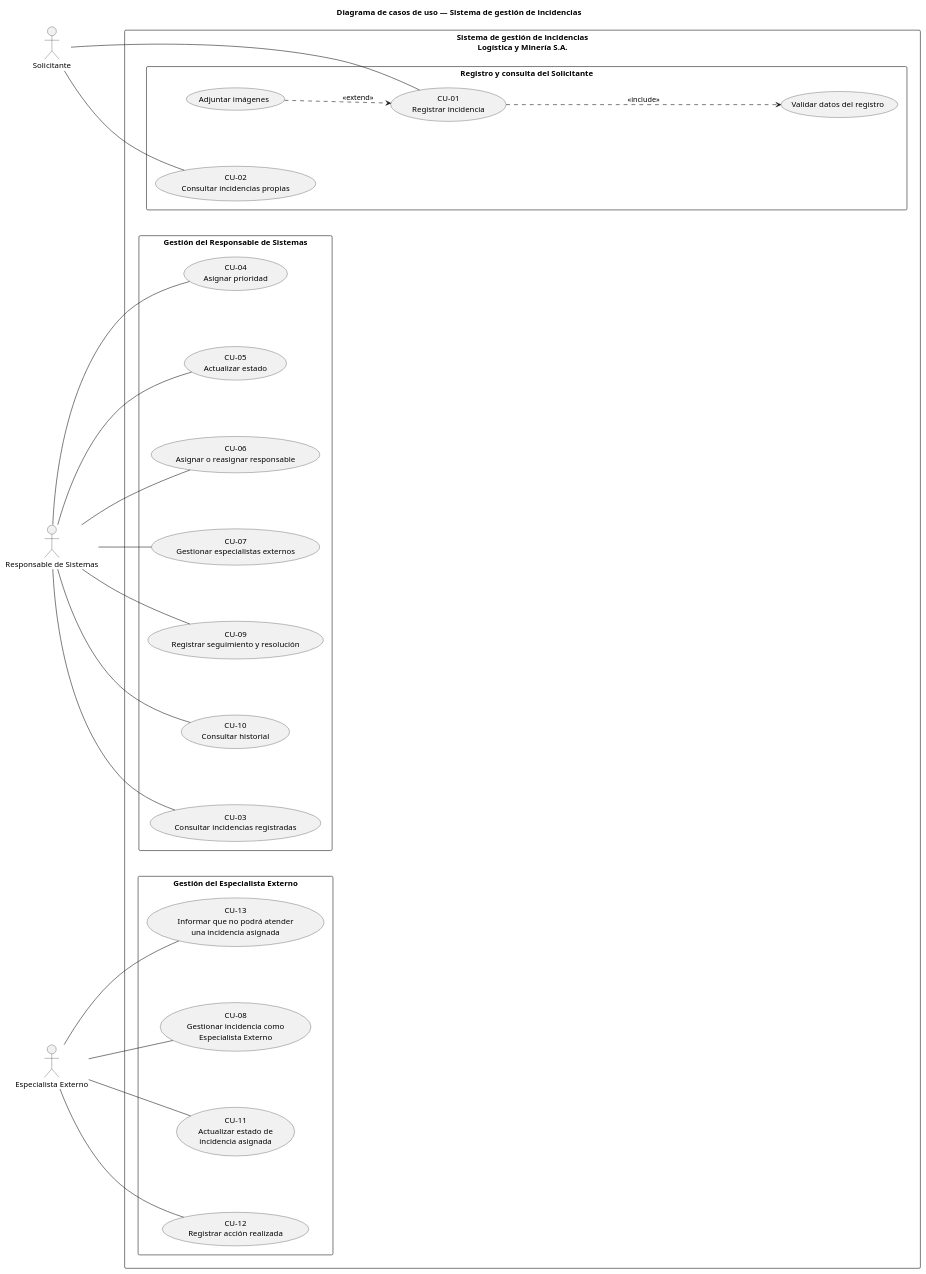
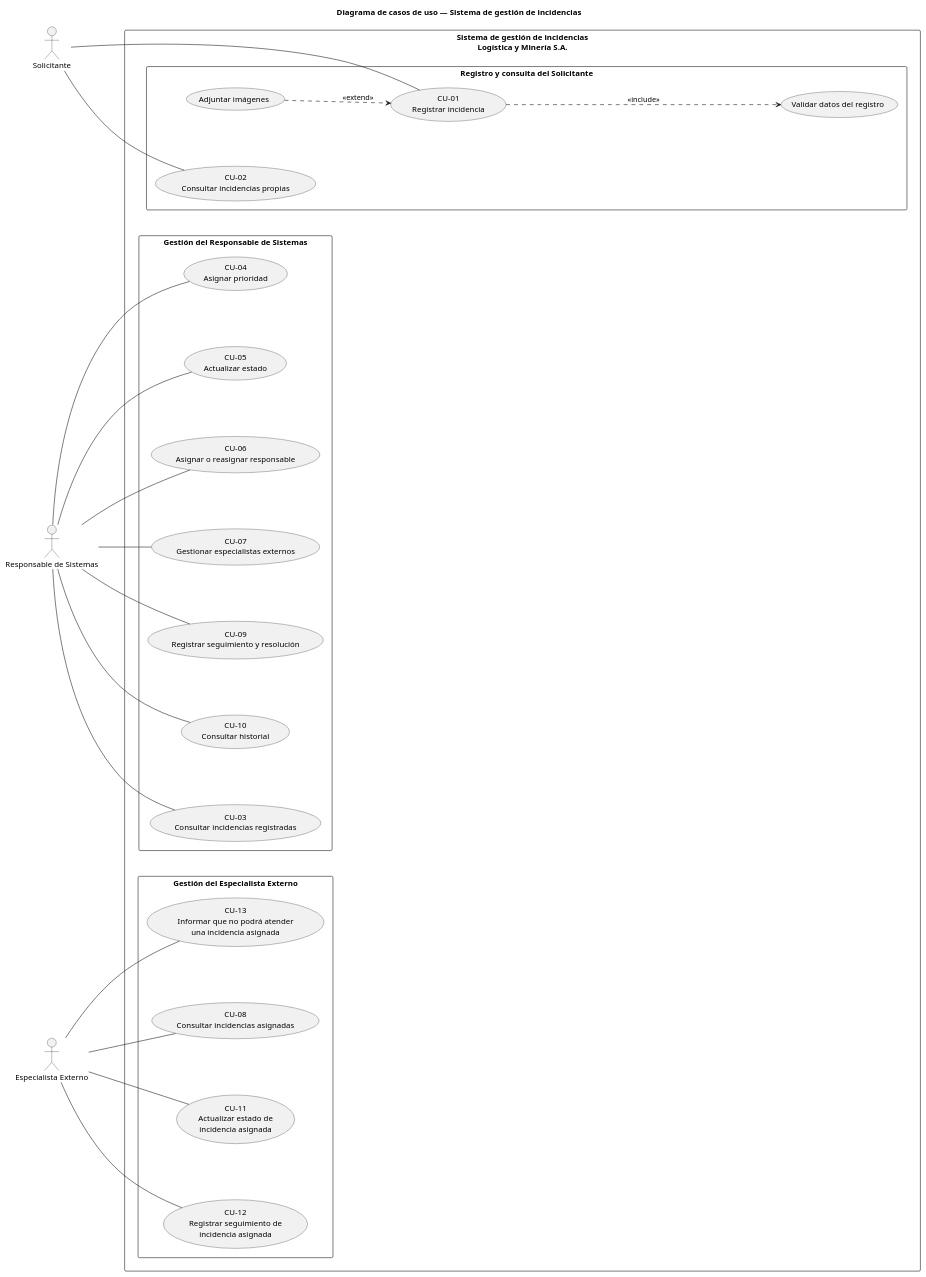
Before and after one commit to Luciosanfi7413/Caso-de-estudio-Log-stica-y-Miner-a-S.A: the diagram in diagramas/casos-de-uso.puml, drawn with PlantUML.

Commit message:
DUCK-Actualizar nombres de CU08/12

```diff
--- a/diagramas/casos-de-uso.puml
+++ b/diagramas/casos-de-uso.puml
@@ -1,58 +1,58 @@
 @startuml
 title Diagrama de casos de uso — Sistema de gestión de incidencias
 
 left to right direction
 skinparam packageStyle rectangle
 skinparam nodesep 100
 
 actor "Solicitante" as Solicitante
 actor "Responsable de Sistemas" as Sistemas
 actor "Especialista Externo" as Externo
 
 rectangle "Sistema de gestión de incidencias\nLogística y Minería S.A." {
 
   package "Registro y consulta del Solicitante" {
     usecase "CU-01\nRegistrar incidencia" as CU01
     usecase "Validar datos del registro" as Validar
     usecase "Adjuntar imágenes" as Adjuntar
     usecase "CU-02\nConsultar incidencias propias" as CU02
   }
 
   package "Gestión del Responsable de Sistemas" {
     usecase "CU-03\nConsultar incidencias registradas" as CU03
     usecase "CU-04\nAsignar prioridad" as CU04
     usecase "CU-05\nActualizar estado" as CU05
     usecase "CU-06\nAsignar o reasignar responsable" as CU06
     usecase "CU-07\nGestionar especialistas externos" as CU07
     usecase "CU-09\nRegistrar seguimiento y resolución" as CU09
     usecase "CU-10\nConsultar historial" as CU10
   }
 
   package "Gestión del Especialista Externo" {
-    usecase "CU-08\nGestionar incidencia como\nEspecialista Externo" as CU08
+    usecase "CU-08\nConsultar incidencias asignadas" as CU08
     usecase "CU-11\nActualizar estado de\nincidencia asignada" as CU11
-    usecase "CU-12\nRegistrar acción realizada" as CU12
+    usecase "CU-12\nRegistrar seguimiento de\nincidencia asignada" as CU12
     usecase "CU-13\nInformar que no podrá atender\nuna incidencia asignada" as CU13
   }
 }
 
 Solicitante -- CU01
 Solicitante -- CU02
 
 Sistemas -- CU03
 Sistemas -- CU04
 Sistemas -- CU05
 Sistemas -- CU06
 Sistemas -- CU07
 Sistemas -- CU09
 Sistemas -- CU10
 
 Externo -- CU08
 Externo -- CU11
 Externo -- CU12
 Externo -- CU13
 
 CU01 ........> Validar : <<include>>
 Adjuntar ..> CU01 : <<extend>>
 
 @enduml
```
